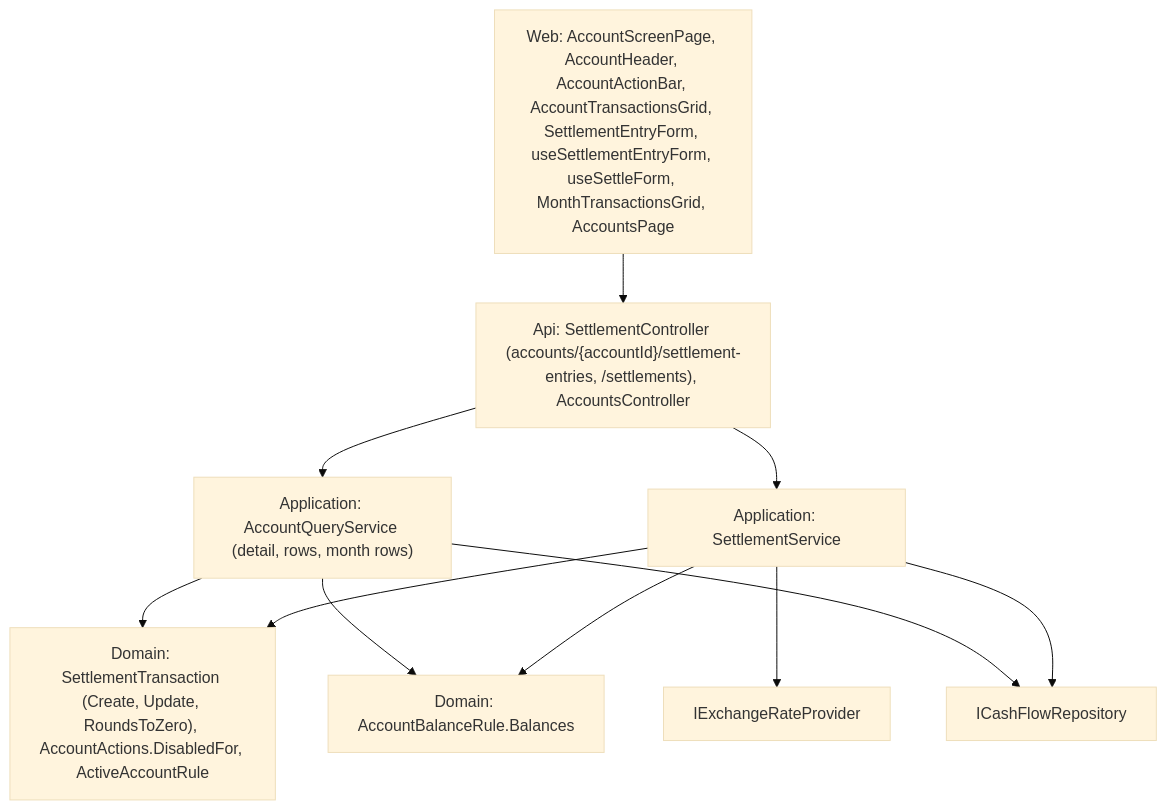
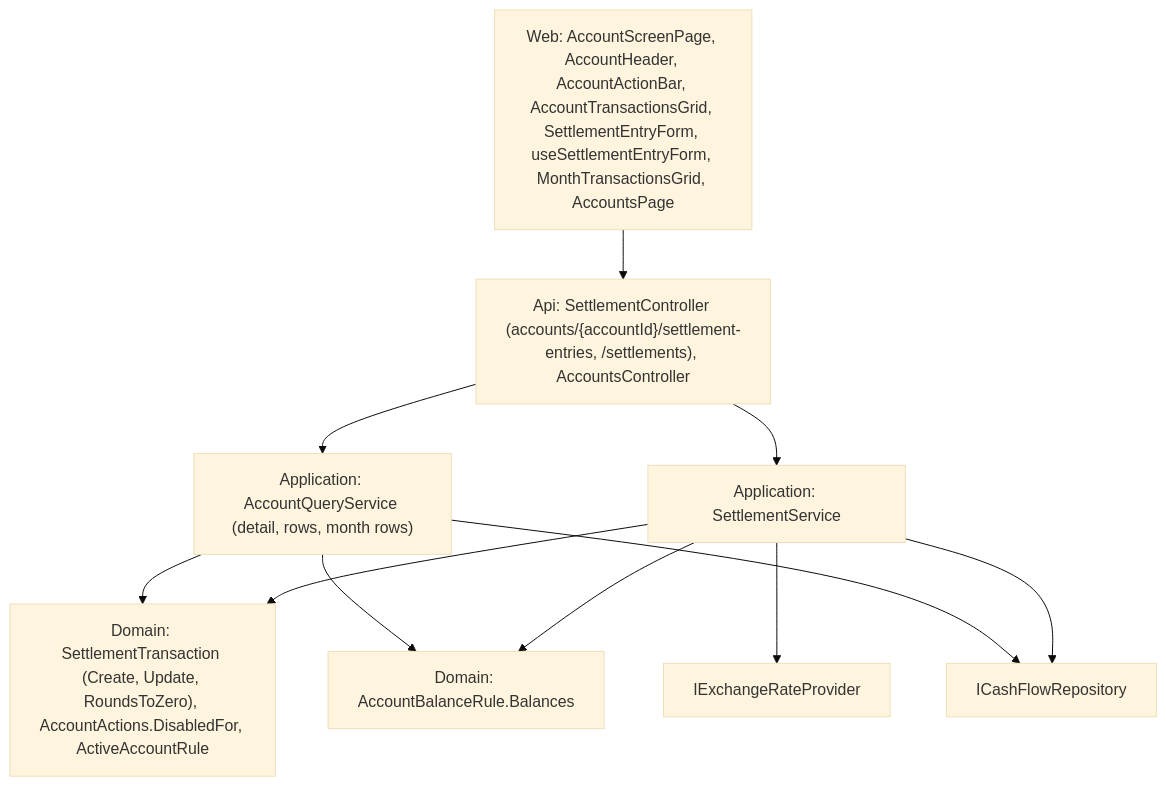
Before and after one commit to ggibellato/Financial: the diagram in docs/prd/P60-prd-cashflow-accounts-generalization/features/P60-F12-settlement-screen/spec.md, drawn with Mermaid (base theme). The commit also changed other lines of this file and 1 other file, not shown here.

````diff
--- a/docs/prd/P60-prd-cashflow-accounts-generalization/features/P60-F12-settlement-screen/spec.md
+++ b/docs/prd/P60-prd-cashflow-accounts-generalization/features/P60-F12-settlement-screen/spec.md
@@ -64,13 +64,13 @@
 ```mermaid
 graph TD
-    W["Web: AccountScreenPage, AccountHeader, AccountActionBar, AccountTransactionsGrid, SettlementEntryForm, useSettlementEntryForm, useSettleForm, MonthTransactionsGrid, AccountsPage"] --> C["Api: SettlementController (accounts/{accountId}/settlement-entries, /settlements), AccountsController"]
+    W["Web: AccountScreenPage, AccountHeader, AccountActionBar, AccountTransactionsGrid, SettlementEntryForm, useSettlementEntryForm, MonthTransactionsGrid, AccountsPage"] --> C["Api: SettlementController (accounts/{accountId}/settlement-entries, /settlements), AccountsController"]
     C --> S["Application: SettlementService"]
     C --> Q["Application: AccountQueryService (detail, rows, month rows)"]
     S --> D["Domain: SettlementTransaction (Create, Update, RoundsToZero), AccountActions.DisabledFor, ActiveAccountRule"]
     Q --> D
     S --> B["Domain: AccountBalanceRule.Balances"]
     Q --> B
     S --> R["ICashFlowRepository"]
     S --> X["IExchangeRateProvider"]
     Q --> R
 ```
````
